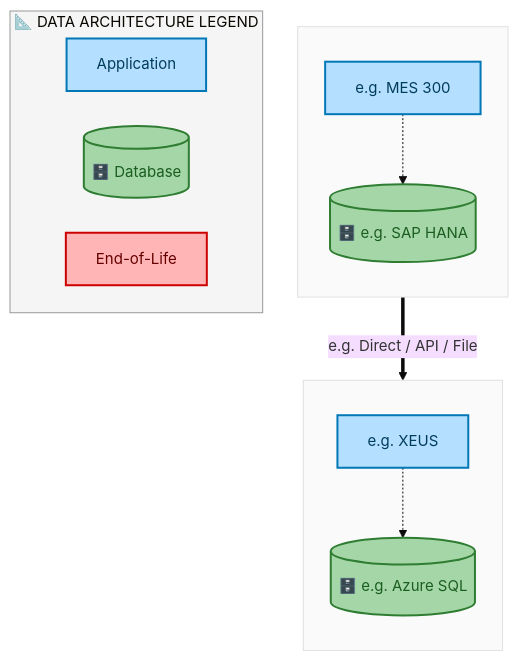
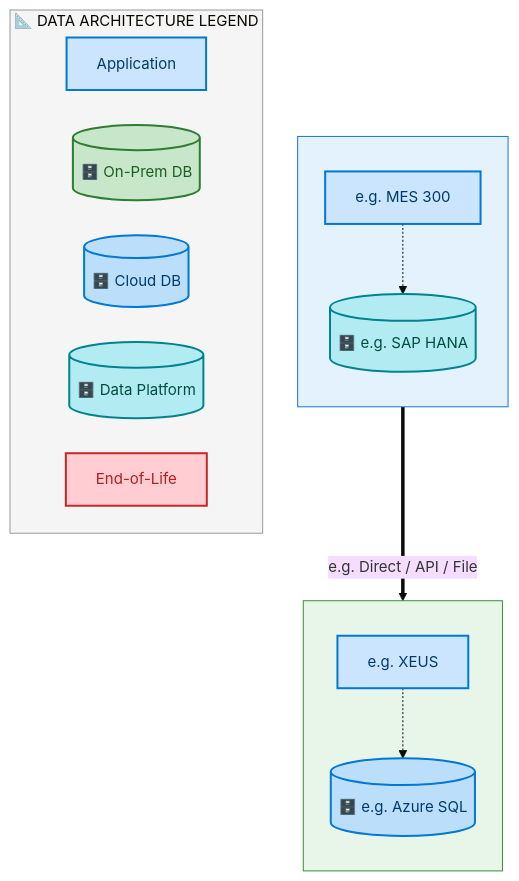
The third of 7 diagrams in towers/E2E/Master Data/E2E-92/output/docs/systems-architecture/E2E-92-Architecture.md (sajivfrancis777/IAO-Architecture), drawn with Mermaid before and after one commit. The commit also changed other lines of this file and 394 other files, not shown here.

First line of the commit message:
feat: structured layer ordering for Mermaid architecture diagrams

````diff
--- a/towers/E2E/Master Data/E2E-92/output/docs/systems-architecture/E2E-92-Architecture.md
+++ b/towers/E2E/Master Data/E2E-92/output/docs/systems-architecture/E2E-92-Architecture.md
@@ -395,33 +395,37 @@
 ```mermaid
 %%{init: {"theme": "base", "securityLevel": "loose", "themeVariables": {"fontSize": "15px", "fontFamily": "Segoe UI, Arial"}, "flowchart": {"useMaxWidth": false, "htmlLabels": true, "nodeSpacing": 35, "rankSpacing": 45}} }%%
 flowchart TB
-    classDef appBox fill:#B5DFFF,stroke:#0077B6,stroke-width:2px,color:#003D5B
-    classDef dbCyl fill:#A5D6A7,stroke:#2E7D32,stroke-width:2px,color:#1B5E20
-    classDef eolBox fill:#FFB5B5,stroke:#CC0000,stroke-width:2px,color:#660000
+    classDef appBox fill:#CCE5FF,stroke:#0078D4,stroke-width:2px,color:#003A6C
+    classDef dbCyl fill:#C8E6C9,stroke:#2E7D32,stroke-width:2px,color:#1B5E20
+    classDef dbCloud fill:#BBDEFB,stroke:#0078D4,stroke-width:2px,color:#003A6C
+    classDef dbData fill:#B2EBF2,stroke:#00838F,stroke-width:2px,color:#004D40
+    classDef eolBox fill:#FFCDD2,stroke:#C62828,stroke-width:2px,color:#B71C1C
 
     subgraph E2E92FDACL_e_g_Azure_SQL[" "]
         direction TB
         E2E92FDAA_e_g_XEUS["e.g. XEUS"]:::appBox
-        E2E92FDAD_e_g_Azure_SQL[("🗄️ e.g. Azure SQL")]:::dbCyl
+        E2E92FDAD_e_g_Azure_SQL[("🗄️ e.g. Azure SQL")]:::dbCloud
         E2E92FDAA_e_g_XEUS -.-> E2E92FDAD_e_g_Azure_SQL
     end
-    style E2E92FDACL_e_g_Azure_SQL fill:#FAFAFA,stroke:#E0E0E0,stroke-width:1px
+    style E2E92FDACL_e_g_Azure_SQL fill:#E8F5E9,stroke:#388E3C,stroke-width:1px
 
     subgraph E2E92FDACL_e_g_SAP_HANA[" "]
         direction TB
         E2E92FDAA_e_g_MES_300["e.g. MES 300"]:::appBox
-        E2E92FDAD_e_g_SAP_HANA[("🗄️ e.g. SAP HANA")]:::dbCyl
+        E2E92FDAD_e_g_SAP_HANA[("🗄️ e.g. SAP HANA")]:::dbData
         E2E92FDAA_e_g_MES_300 -.-> E2E92FDAD_e_g_SAP_HANA
     end
-    style E2E92FDACL_e_g_SAP_HANA fill:#FAFAFA,stroke:#E0E0E0,stroke-width:1px
+    style E2E92FDACL_e_g_SAP_HANA fill:#E3F2FD,stroke:#1976D2,stroke-width:1px
 
     E2E92FDAD_e_g_SAP_HANA ==>|"e.g. Direct / API / File"| E2E92FDAD_e_g_Azure_SQL
 
     subgraph Legend["📐 DATA ARCHITECTURE LEGEND"]
         direction LR
         L_A["Application"]:::appBox
-        L_D[("🗄️ Database")]:::dbCyl
+        L_D[("🗄️ On-Prem DB")]:::dbCyl
+        L_DC[("🗄️ Cloud DB")]:::dbCloud
+        L_DD[("🗄️ Data Platform")]:::dbData
         L_E["End-of-Life"]:::eolBox
     end
     style Legend fill:#F5F5F5,stroke:#999,stroke-width:1px
 ```
````
